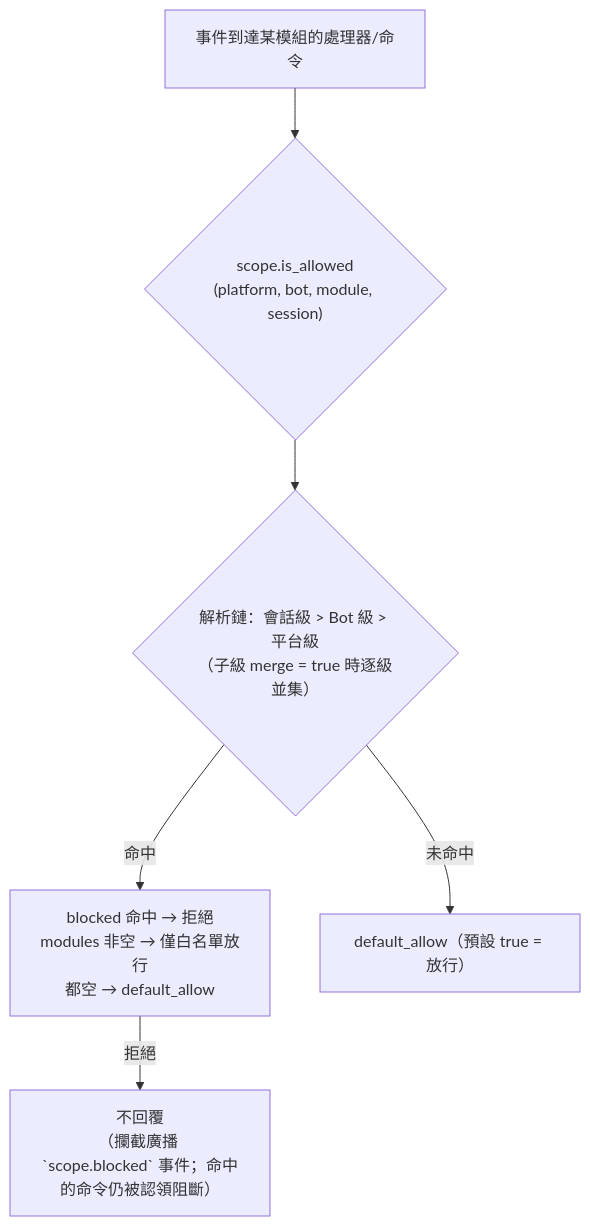
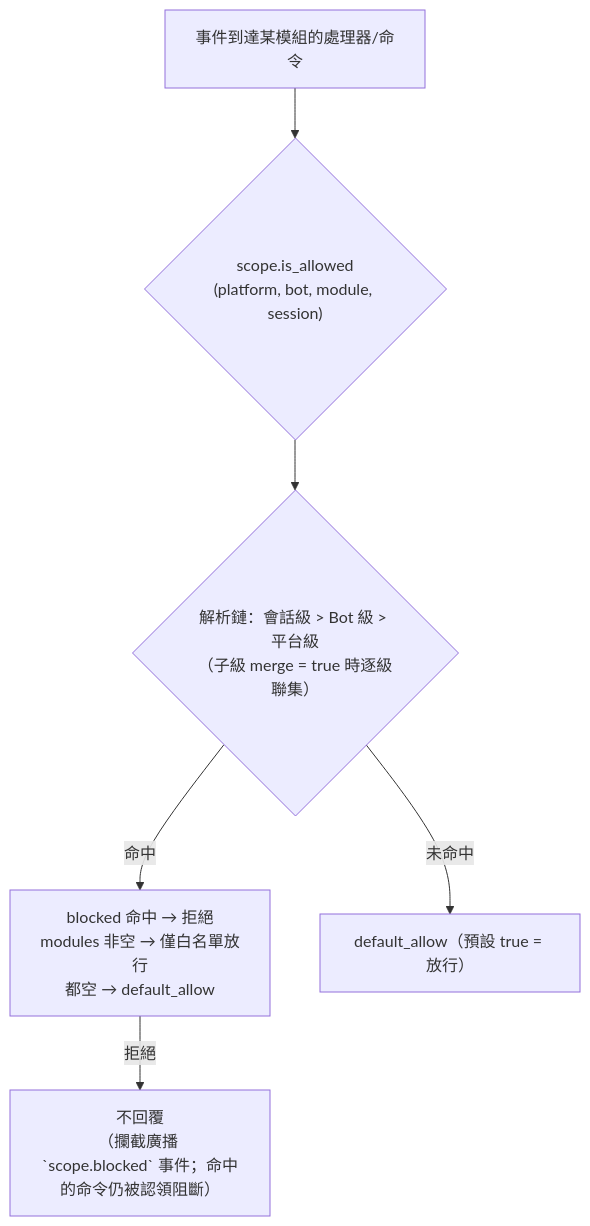
Before and after one commit to ErisPulse/ErisPulse: the diagram in docs/zh-TW/advanced/scope.md, drawn with Mermaid. The commit also changed other lines of this file and 828 other files, not shown here.

````diff
--- a/docs/zh-TW/advanced/scope.md
+++ b/docs/zh-TW/advanced/scope.md
@@ -108,8 +116,8 @@
 ```mermaid
 flowchart TD
     A["事件到達某模組的處理器/命令"] --> B{"scope.is_allowed<br/>(platform, bot, module, session)"}
-    B --> C{"解析鏈：會話級 > Bot 級 > 平台級<br/>（子級 merge = true 時逐級並集）"}
+    B --> C{"解析鏈：會話級 > Bot 級 > 平台級<br/>（子級 merge = true 時逐級聯集）"}
     C -->|"命中"| D["blocked 命中 → 拒絕<br/>modules 非空 → 僅白名單放行<br/>都空 → default_allow"]
     C -->|"未命中"| E["default_allow（預設 true = 放行）"]
     D -->|"拒絕"| Z["不回覆<br/>（攔截廣播 `scope.blocked` 事件；命中的命令仍被認領阻斷）"]
 ```
````
